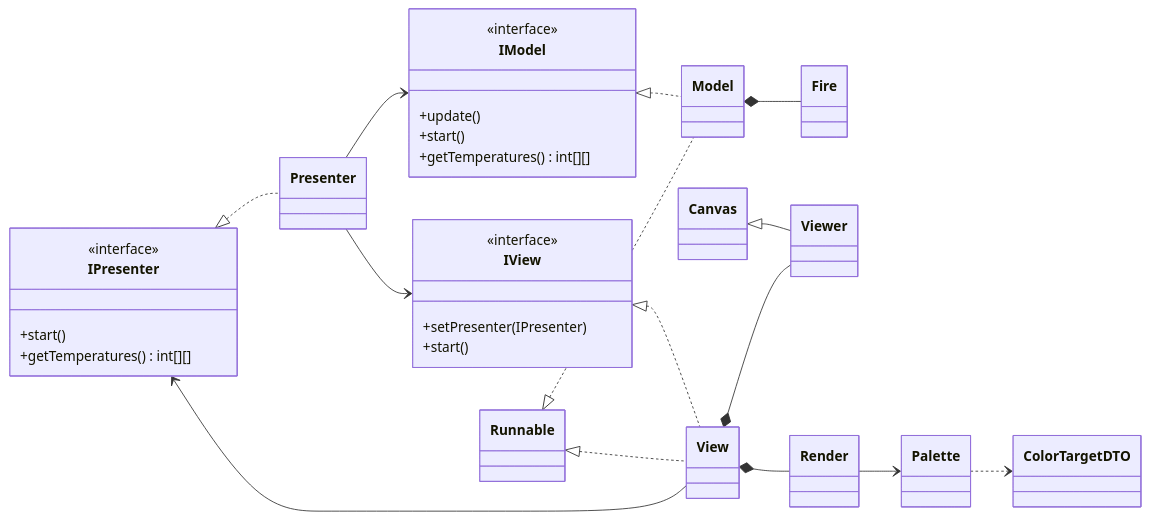
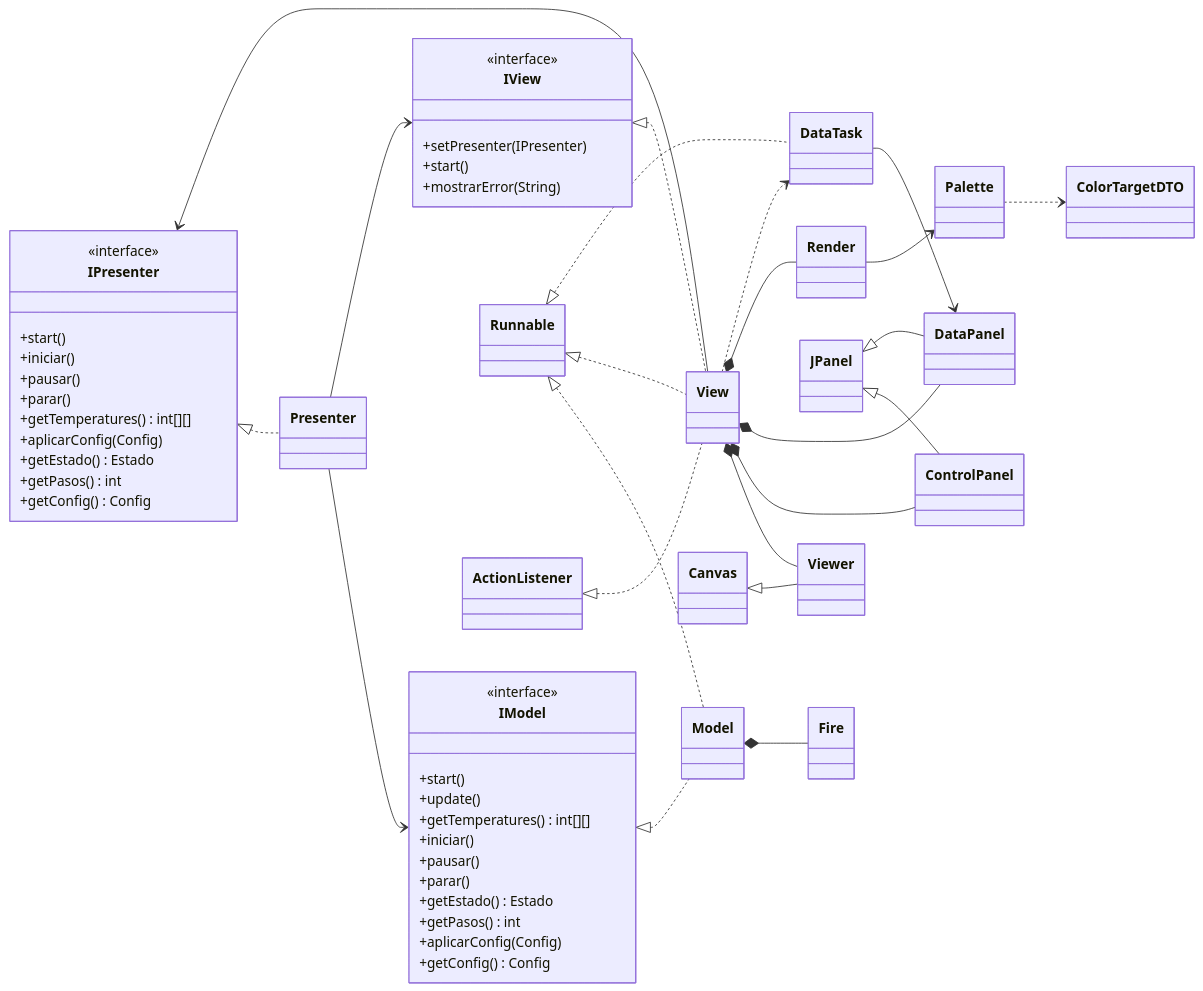
Before and after one commit to alexddios/DAM: the first of 4 diagrams in Segundo curso/Introduccion a los videojuegos/Fuego/README.md, drawn with Mermaid. The commit also changed other lines of this file, not shown here.

Commit message:
Fuego: README con los paneles de control y de datos, estados, FPS y config

````diff
--- a/Segundo curso/Introduccion a los videojuegos/Fuego/README.md
+++ b/Segundo curso/Introduccion a los videojuegos/Fuego/README.md
@@ -63,46 +109,60 @@
 ```mermaid
 classDiagram
     direction LR
 
     class IModel {
         <<interface>>
+        +start()
         +update()
-        +start()
         +getTemperatures() int[][]
+        +iniciar()
+        +pausar()
+        +parar()
+        +getEstado() Estado
+        +getPasos() int
+        +aplicarConfig(Config)
+        +getConfig() Config
     }
     class IPresenter {
         <<interface>>
         +start()
+        +iniciar()
+        +pausar()
+        +parar()
         +getTemperatures() int[][]
+        +aplicarConfig(Config)
+        +getEstado() Estado
+        +getPasos() int
+        +getConfig() Config
     }
     class IView {
         <<interface>>
         +setPresenter(IPresenter)
         +start()
+        +mostrarError(String)
     }
-
-    class Model
-    class Fire
-    class Presenter
-    class View
-    class Viewer
-    class Render
-    class Palette
-    class ColorTargetDTO
 
     IModel <|.. Model
     IPresenter <|.. Presenter
     IView <|.. View
     Runnable <|.. Model
     Runnable <|.. View
+    ActionListener <|.. View
+    Runnable <|.. DataTask
     Canvas <|-- Viewer
+    JPanel <|-- ControlPanel
+    JPanel <|-- DataPanel
 
     Presenter --> IModel
     Presenter --> IView
     View --> IPresenter
     View *-- Viewer
+    View *-- ControlPanel
+    View *-- DataPanel
     View *-- Render
+    View ..> DataTask
+    DataTask --> DataPanel
     Render --> Palette
     Palette ..> ColorTargetDTO
     Model *-- Fire
 ```
````
